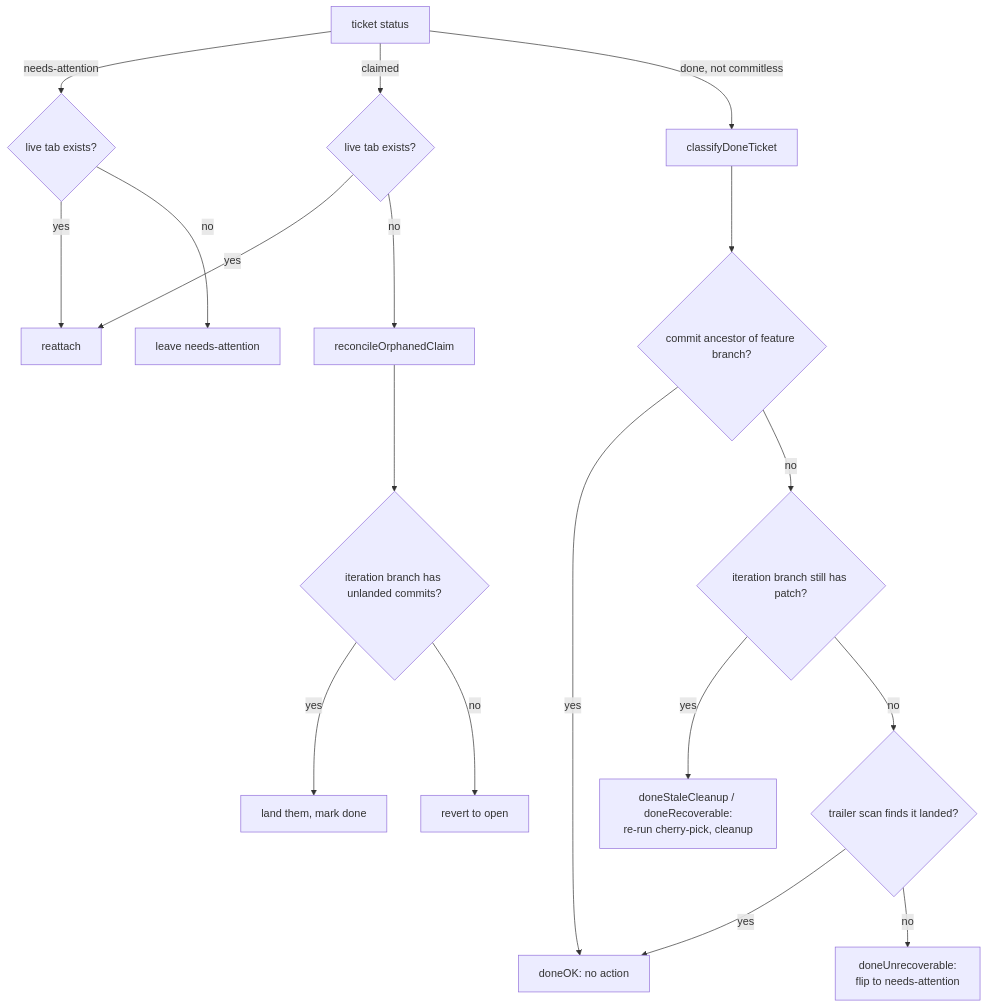
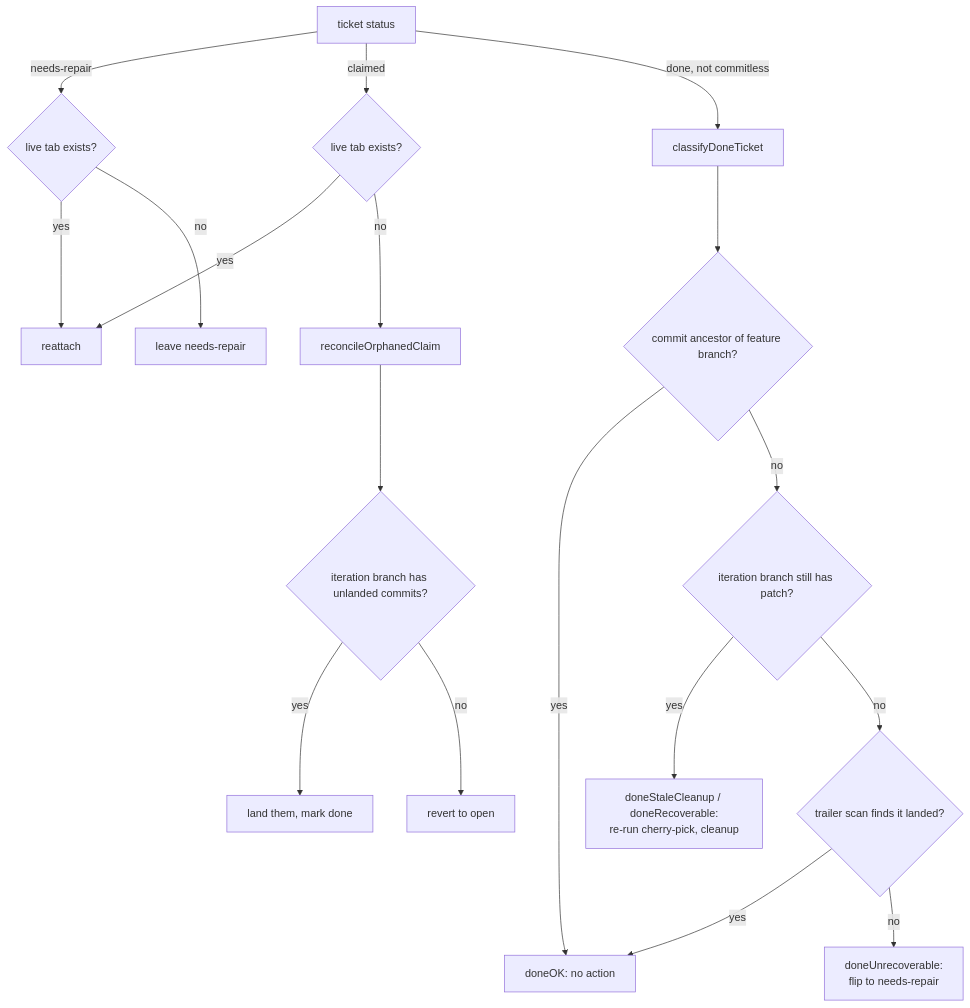
One commit to elentok/gx changed the second of 7 diagrams in docs/ralph-loop-queue-orchestrator.md. Above: the diagram before and after it, drawn with Mermaid. The commit also changed other lines of this file and 2 other files, not shown here.

````diff
--- a/docs/ralph-loop-queue-orchestrator.md
+++ b/docs/ralph-loop-queue-orchestrator.md
@@ -100,20 +103,20 @@
 ```mermaid
 flowchart TD
-    A[ticket status] -->|needs-attention| B{live tab exists?}
+    A[ticket status] -->|needs-repair| B{live tab exists?}
     B -->|yes| C[reattach]
-    B -->|no| D[leave needs-attention]
+    B -->|no| D[leave needs-repair]
     A -->|claimed| E{live tab exists?}
     E -->|yes| C
     E -->|no| F[reconcileOrphanedClaim]
     F --> G{iteration branch has unlanded commits?}
     G -->|yes| H[land them, mark done]
     G -->|no| I[revert to open]
     A -->|done, not commitless| J[classifyDoneTicket]
     J --> K{commit ancestor of feature branch?}
     K -->|yes| L[doneOK: no action]
     K -->|no| M{iteration branch still has patch?}
     M -->|yes| N[doneStaleCleanup / doneRecoverable:\nre-run cherry-pick, cleanup]
     M -->|no| O{trailer scan finds it landed?}
     O -->|yes| L
-    O -->|no| P[doneUnrecoverable:\nflip to needs-attention]
+    O -->|no| P[doneUnrecoverable:\nflip to needs-repair]
 ```
````
